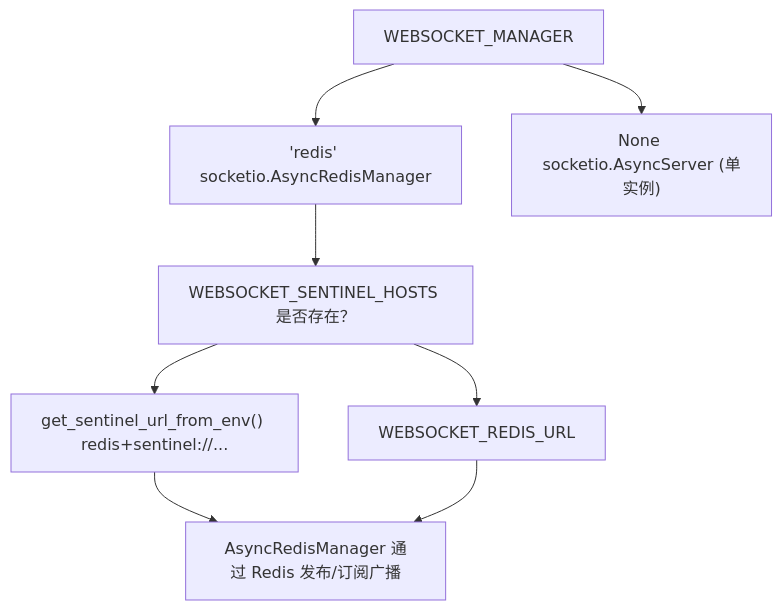
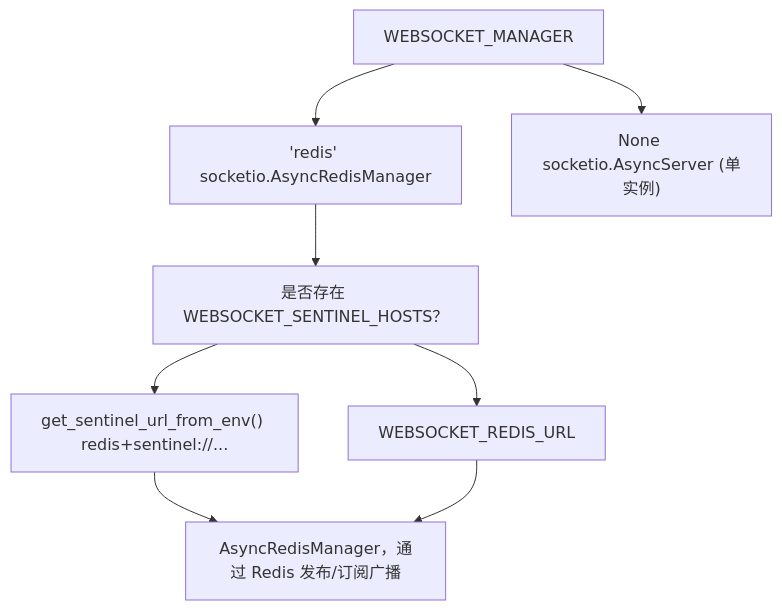
The tenth of 10 diagrams in tests/open-webui_deepwiki/zh/16-real-time-communication.md (Chesszyh/Wiki), drawn with Mermaid before and after one commit. The commit also changed other lines of this file and 234 other files, not shown here.

````diff
--- a/tests/open-webui_deepwiki/zh/16-real-time-communication.md
+++ b/tests/open-webui_deepwiki/zh/16-real-time-communication.md
@@ -451,18 +451,18 @@
 ```mermaid
 flowchart TD
     EnvCheck["WEBSOCKET_MANAGER"]
     RedisManager["'redis' socketio.AsyncRedisManager"]
     DefaultManager["None socketio.AsyncServer (单实例)"]
-    SentinelCheck["WEBSOCKET_SENTINEL_HOSTS 是否存在？"]
+    SentinelCheck["是否存在 WEBSOCKET_SENTINEL_HOSTS？"]
     SentinelURL["get_sentinel_url_from_env() redis+sentinel://..."]
     DirectURL["WEBSOCKET_REDIS_URL"]
-    AsyncRedisManager["AsyncRedisManager 通过 Redis 发布/订阅广播"]
+    AsyncRedisManager["AsyncRedisManager，通过 Redis 发布/订阅广播"]
 
     EnvCheck --> RedisManager
     EnvCheck --> DefaultManager
     RedisManager --> SentinelCheck
     SentinelCheck --> SentinelURL
     SentinelCheck --> DirectURL
     SentinelURL --> AsyncRedisManager
     DirectURL --> AsyncRedisManager
 ```
````
